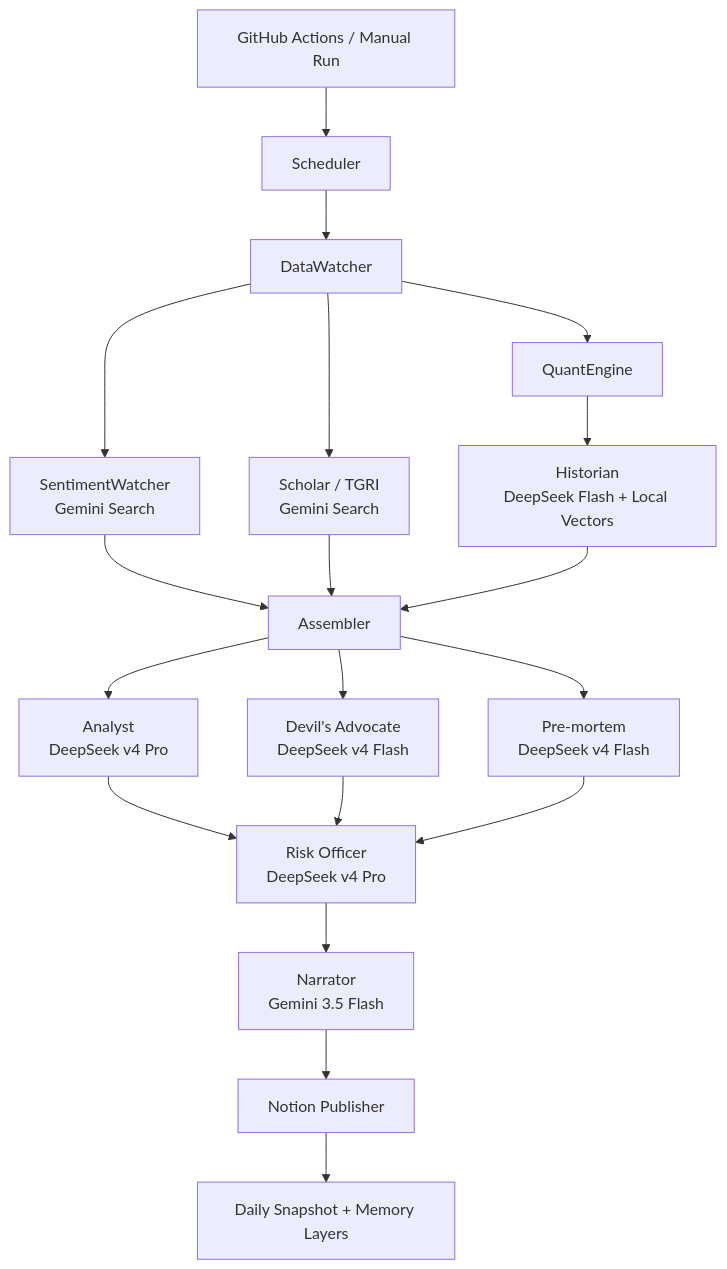
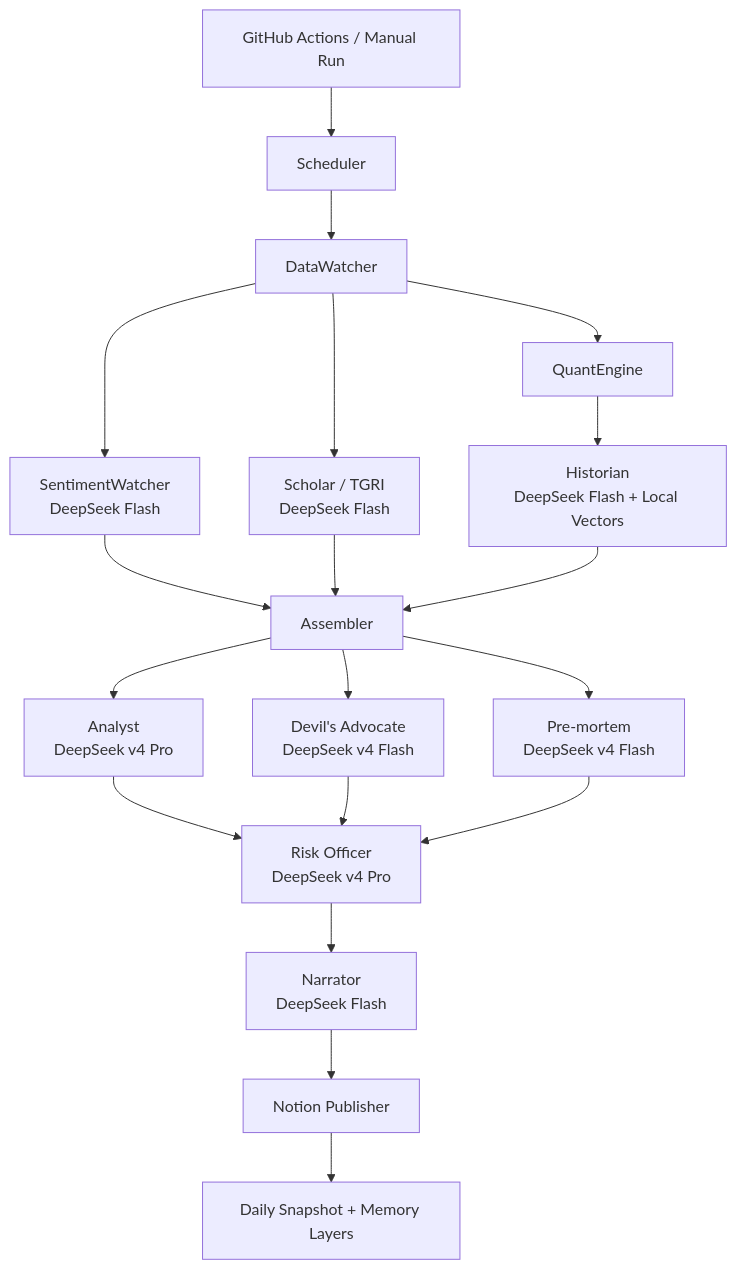
One commit to jechiu16/daily-intelligence-brief-v10 changed the diagram in README.md. Above: the diagram before and after it, drawn with Mermaid. The commit also changed other lines of this file and 33 other files, not shown here.

````diff
--- a/README.md
+++ b/README.md
@@ -34,21 +63,21 @@
 ```mermaid
 flowchart TD
     A["GitHub Actions / Manual Run"] --> B["Scheduler"]
     B --> C["DataWatcher"]
     C --> D["QuantEngine"]
-    C --> E["SentimentWatcher<br/>Gemini Search"]
-    C --> F["Scholar / TGRI<br/>Gemini Search"]
+    C --> E["SentimentWatcher<br/>DeepSeek Flash"]
+    C --> F["Scholar / TGRI<br/>DeepSeek Flash"]
     D --> G["Historian<br/>DeepSeek Flash + Local Vectors"]
     E --> H["Assembler"]
     F --> H
     G --> H
     H --> I["Analyst<br/>DeepSeek v4 Pro"]
     H --> J["Devil's Advocate<br/>DeepSeek v4 Flash"]
     H --> K["Pre-mortem<br/>DeepSeek v4 Flash"]
     I --> L["Risk Officer<br/>DeepSeek v4 Pro"]
     J --> L
     K --> L
-    L --> M["Narrator<br/>Gemini 3.5 Flash"]
+    L --> M["Narrator<br/>DeepSeek Flash"]
     M --> N["Notion Publisher"]
     N --> O["Daily Snapshot + Memory Layers"]
 ```
````
